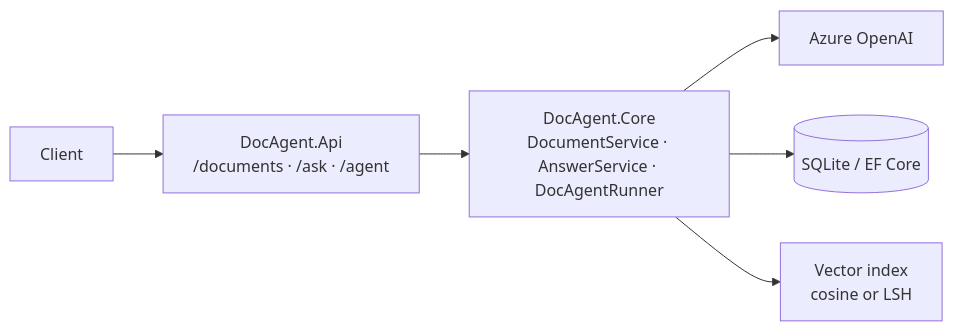
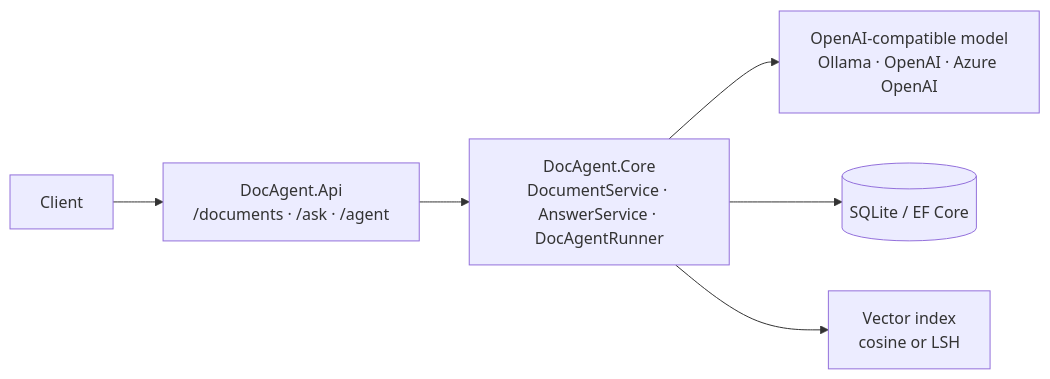
Before and after one commit to ahsan-babar-khan/docagent: the diagram in README.md, drawn with Mermaid. The commit also changed other lines of this file and 15 other files, not shown here.

First line of the commit message:
Support any OpenAI-compatible provider (Ollama, OpenAI, Azure OpenAI)

````diff
--- a/README.md
+++ b/README.md
@@ -14,8 +14,8 @@
 ```mermaid
 flowchart LR
     client[Client] --> api[DocAgent.Api<br/>/documents · /ask · /agent]
     api --> core[DocAgent.Core<br/>DocumentService · AnswerService · DocAgentRunner]
-    core --> aoai[Azure OpenAI]
+    core --> aoai[OpenAI-compatible model<br/>Ollama · OpenAI · Azure OpenAI]
     core --> db[(SQLite / EF Core)]
     core --> idx[Vector index<br/>cosine or LSH]
 ```
````
